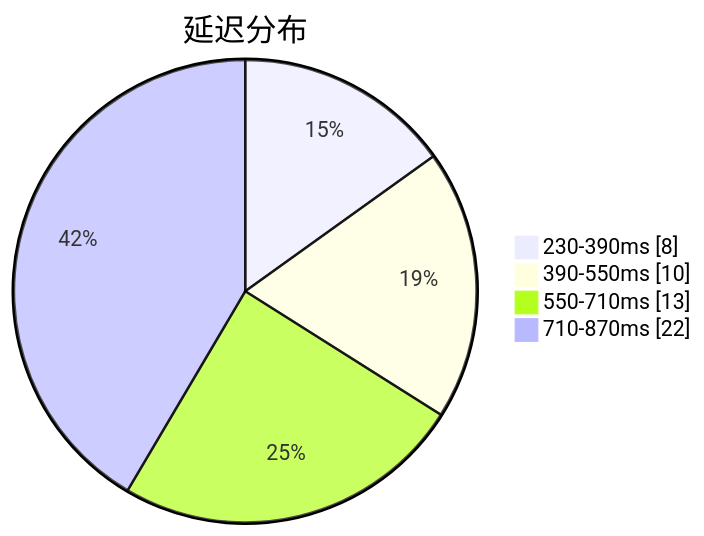
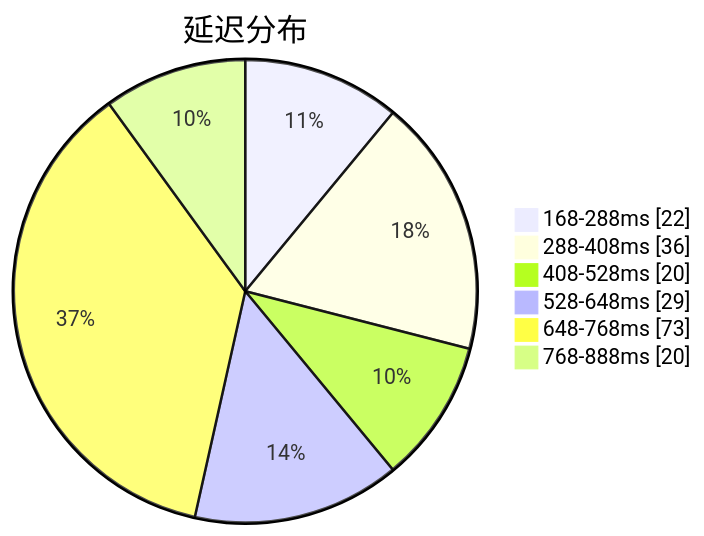
The first of 3 diagrams in subs/statistics/tested_within.md (qjlxg/airport), drawn with Mermaid before and after one commit. The commit also changed other lines of this file and 2 other files, not shown here.

````diff
--- a/subs/statistics/tested_within.md
+++ b/subs/statistics/tested_within.md
@@ -2,8 +2,10 @@
 ```mermaid
 pie showData
 title 延迟分布
-"230-390ms" : 8
-"390-550ms" : 10
-"550-710ms" : 13
-"710-870ms" : 22
+"168-288ms" : 22
+"288-408ms" : 36
+"408-528ms" : 20
+"528-648ms" : 29
+"648-768ms" : 73
+"768-888ms" : 20
 ```
````
